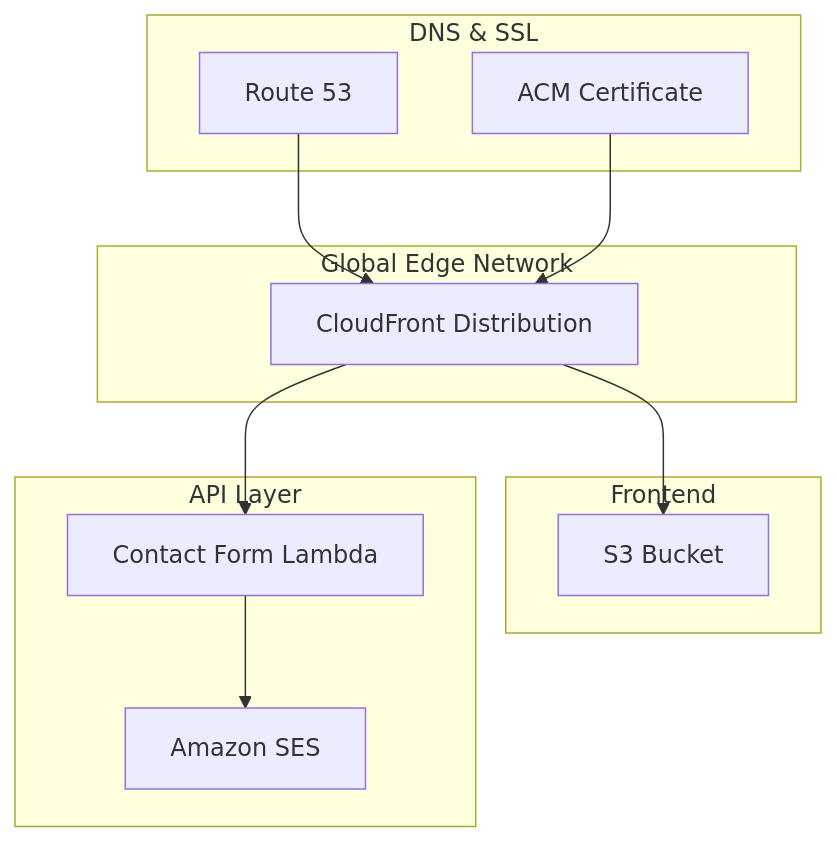
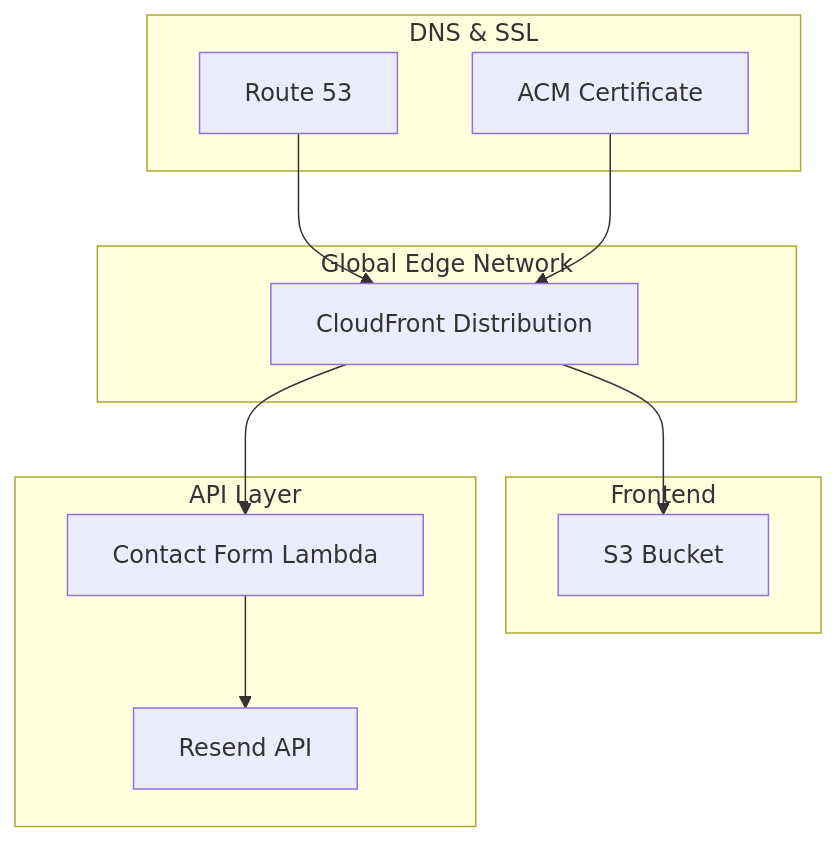
One commit to BjornMelin/bjornmelin-platform-io changed the first of 3 diagrams in README.md. Above: the diagram before and after it, drawn with Mermaid. The commit also changed other lines of this file and 105 other files, not shown here.

First line of the commit message:
feat: replace AWS SES with Resend and add contact form security (#190)

````diff
--- a/README.md
+++ b/README.md
@@ -79,26 +79,26 @@
 ```mermaid
 graph TB
     subgraph "Global Edge Network"
         CF[CloudFront Distribution]
     end
 
     subgraph "Frontend"
         S3[S3 Bucket]
         CF --> S3
     end
 
     subgraph "API Layer"
         LAMBDA[Contact Form Lambda]
-        SES[Amazon SES]
+        RESEND[Resend API]
     end
 
     subgraph "DNS & SSL"
         R53[Route 53]
         ACM[ACM Certificate]
     end
 
     CF --> LAMBDA
-    LAMBDA --> SES
+    LAMBDA --> RESEND
     R53 --> CF
     ACM --> CF
 ```
````
